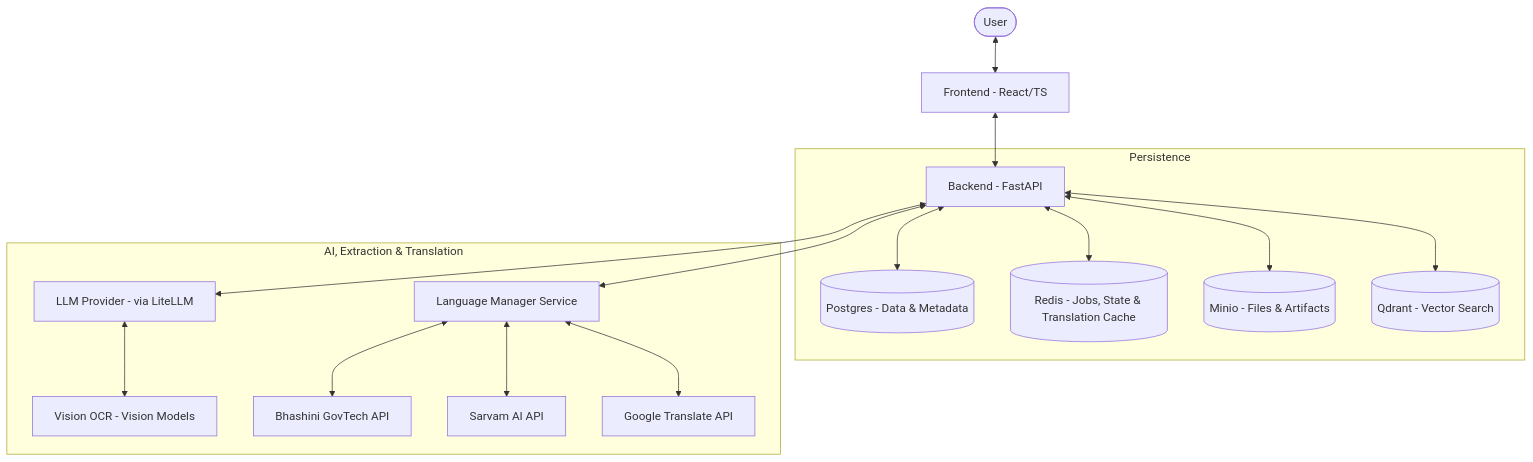
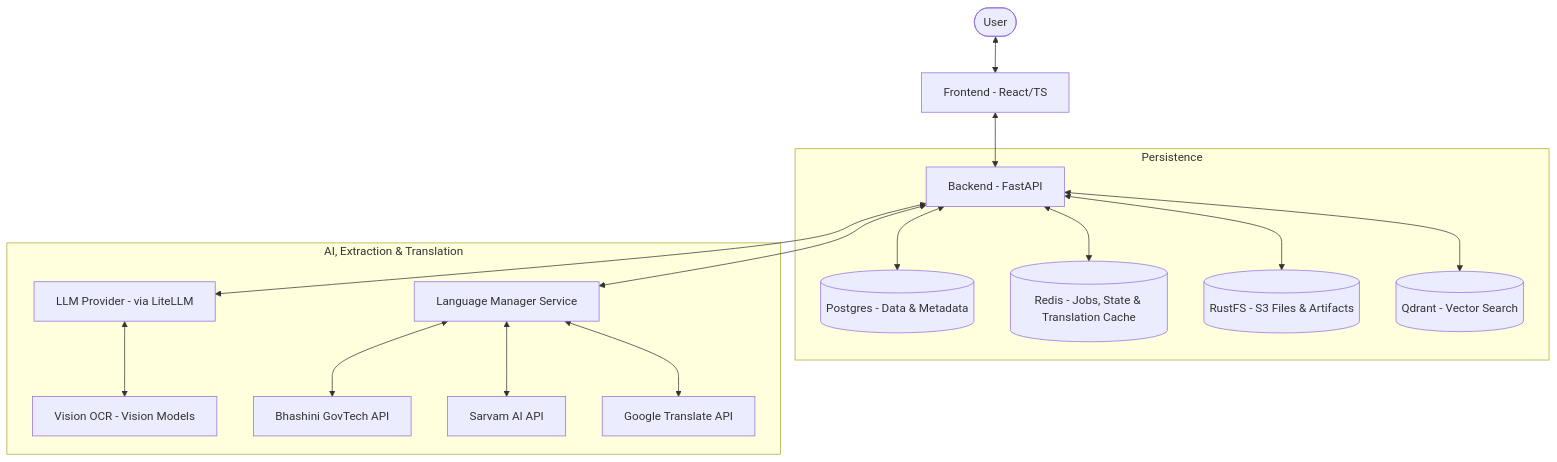
One commit to Hari31416/FormFoundry changed the first of 2 diagrams in README.md. Above: the diagram before and after it, drawn with Mermaid. The commit also changed other lines of this file and 1 other file, not shown here.

Commit message:
docs(general): update storage documentation for rustfs
- Update AGENTS.md guidelines and stack to reference RustFS
- Update README architecture diagram and tech stack to reference RustFS

````diff
--- a/README.md
+++ b/README.md
@@ -9,21 +9,21 @@
 ```mermaid
 graph TD
     User([User]) <--> Frontend[Frontend - React/TS]
     Frontend <--> Backend[Backend - FastAPI]
 
     subgraph Persistence
         Backend <--> DB[(Postgres - Data & Metadata)]
         Backend <--> Cache[(Redis - Jobs, State & Translation Cache)]
-        Backend <--> ObjectStore[(Minio - Files & Artifacts)]
+        Backend <--> ObjectStore[(RustFS - S3 Files & Artifacts)]
         Backend <--> VectorDB[(Qdrant - Vector Search)]
     end
 
     subgraph "AI, Extraction & Translation"
         Backend <--> LLM[LLM Provider - via LiteLLM]
         LLM <--> OCR[Vision OCR - Vision Models]
         Backend <--> LangOrch[Language Manager Service]
         LangOrch <--> Bhashini[Bhashini GovTech API]
         LangOrch <--> Sarvam[Sarvam AI API]
         LangOrch <--> Google[Google Translate API]
     end
 ```
````
